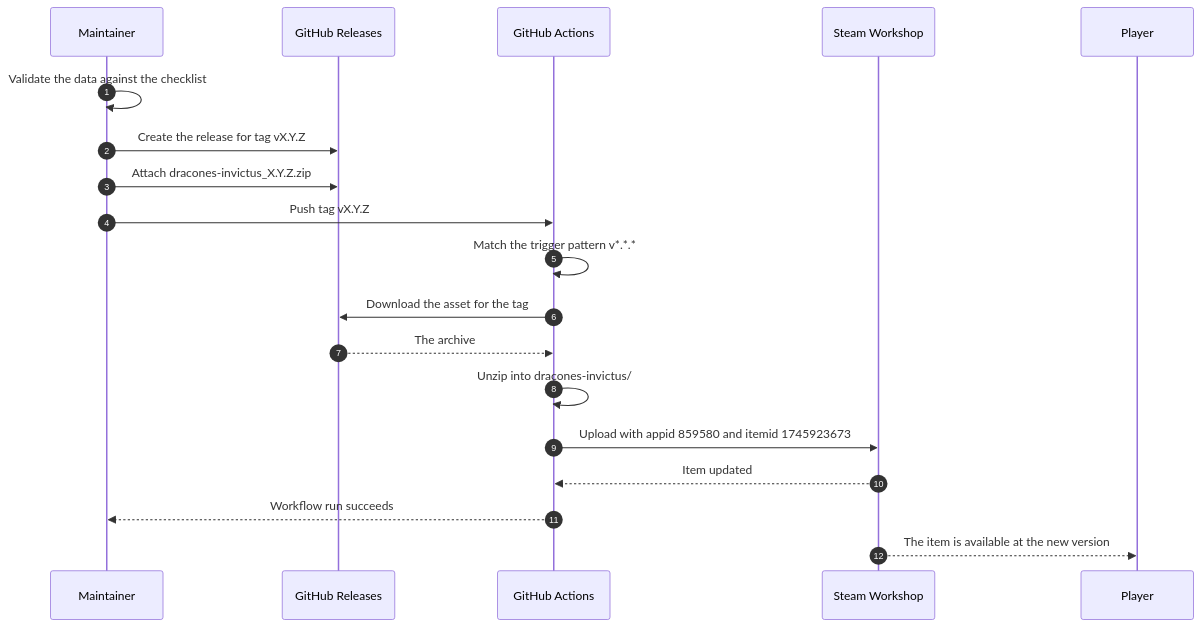
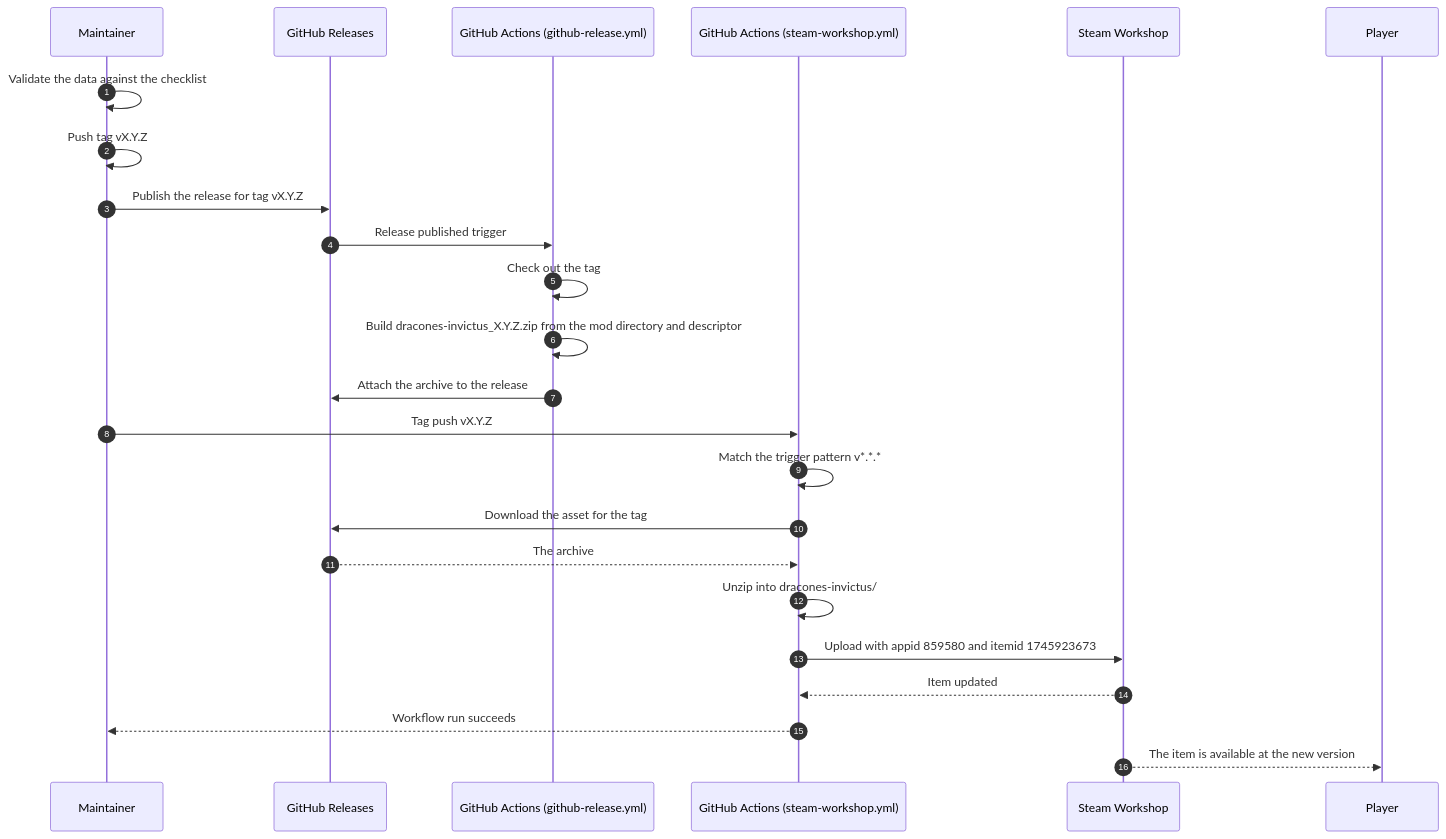
Before and after one commit to hmlendea/imperator-dracones-invictus: the first of 2 diagrams in docs/flows/release-and-publishing.md, drawn with Mermaid. The commit also changed other lines of this file and 23 other files, not shown here.

Commit message:
ci: Created the GitHub Release workflow

````diff
--- a/docs/flows/release-and-publishing.md
+++ b/docs/flows/release-and-publishing.md
@@ -13,22 +13,27 @@
 ```mermaid
 sequenceDiagram
     autonumber
     participant M as Maintainer
     participant G as GitHub Releases
-    participant A as GitHub Actions
+    participant A as GitHub Actions (github-release.yml)
+    participant W as GitHub Actions (steam-workshop.yml)
     participant S as Steam Workshop
     participant P as Player
 
     M->>M: Validate the data against the checklist
-    M->>G: Create the release for tag vX.Y.Z
-    M->>G: Attach dracones-invictus_X.Y.Z.zip
-    M->>A: Push tag vX.Y.Z
-    A->>A: Match the trigger pattern v*.*.*
-    A->>G: Download the asset for the tag
-    G-->>A: The archive
-    A->>A: Unzip into dracones-invictus/
-    A->>S: Upload with appid 859580 and itemid 1745923673
-    S-->>A: Item updated
-    A-->>M: Workflow run succeeds
+    M->>M: Push tag vX.Y.Z
+    M->>G: Publish the release for tag vX.Y.Z
+    G->>A: Release published trigger
+    A->>A: Check out the tag
+    A->>A: Build dracones-invictus_X.Y.Z.zip from the mod directory and descriptor
+    A->>G: Attach the archive to the release
+    M->>W: Tag push vX.Y.Z
+    W->>W: Match the trigger pattern v*.*.*
+    W->>G: Download the asset for the tag
+    G-->>W: The archive
+    W->>W: Unzip into dracones-invictus/
+    W->>S: Upload with appid 859580 and itemid 1745923673
+    S-->>W: Item updated
+    W-->>M: Workflow run succeeds
     S-->>P: The item is available at the new version
 ```
````
